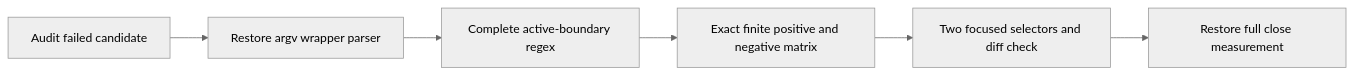
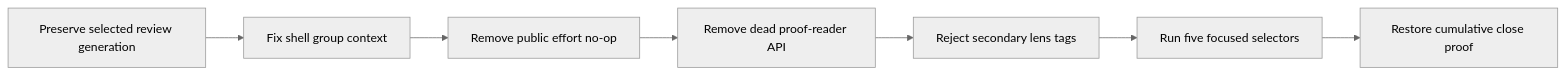
One commit to ismaeldoez7/symphony-forge changed the diagram in .factory/stories/FORGE-COORD-1/task-plans/NATIVE-FOREGROUND-ACTIVATE.md. Above: the diagram before and after it, drawn with Mermaid (neutral theme). The commit also changed other lines of this file and 9 other files, not shown here.

````diff
--- a/.factory/stories/FORGE-COORD-1/task-plans/NATIVE-FOREGROUND-ACTIVATE.md
+++ b/.factory/stories/FORGE-COORD-1/task-plans/NATIVE-FOREGROUND-ACTIVATE.md
@@ -7,8 +7,9 @@
 ```mermaid
 flowchart LR
-    A[Audit failed candidate] --> B[Restore argv wrapper parser]
-    B --> C[Complete active-boundary regex]
-    C --> D[Exact finite positive and negative matrix]
-    D --> E[Two focused selectors and diff check]
-    E --> F[Restore full close measurement]
+    A[Preserve selected review generation] --> B[Fix shell group context]
+    B --> C[Remove public effort no-op]
+    C --> D[Remove dead proof-reader API]
+    D --> E[Reject secondary lens tags]
+    E --> F[Run five focused selectors]
+    F --> G[Restore cumulative close proof]
 ```
````
